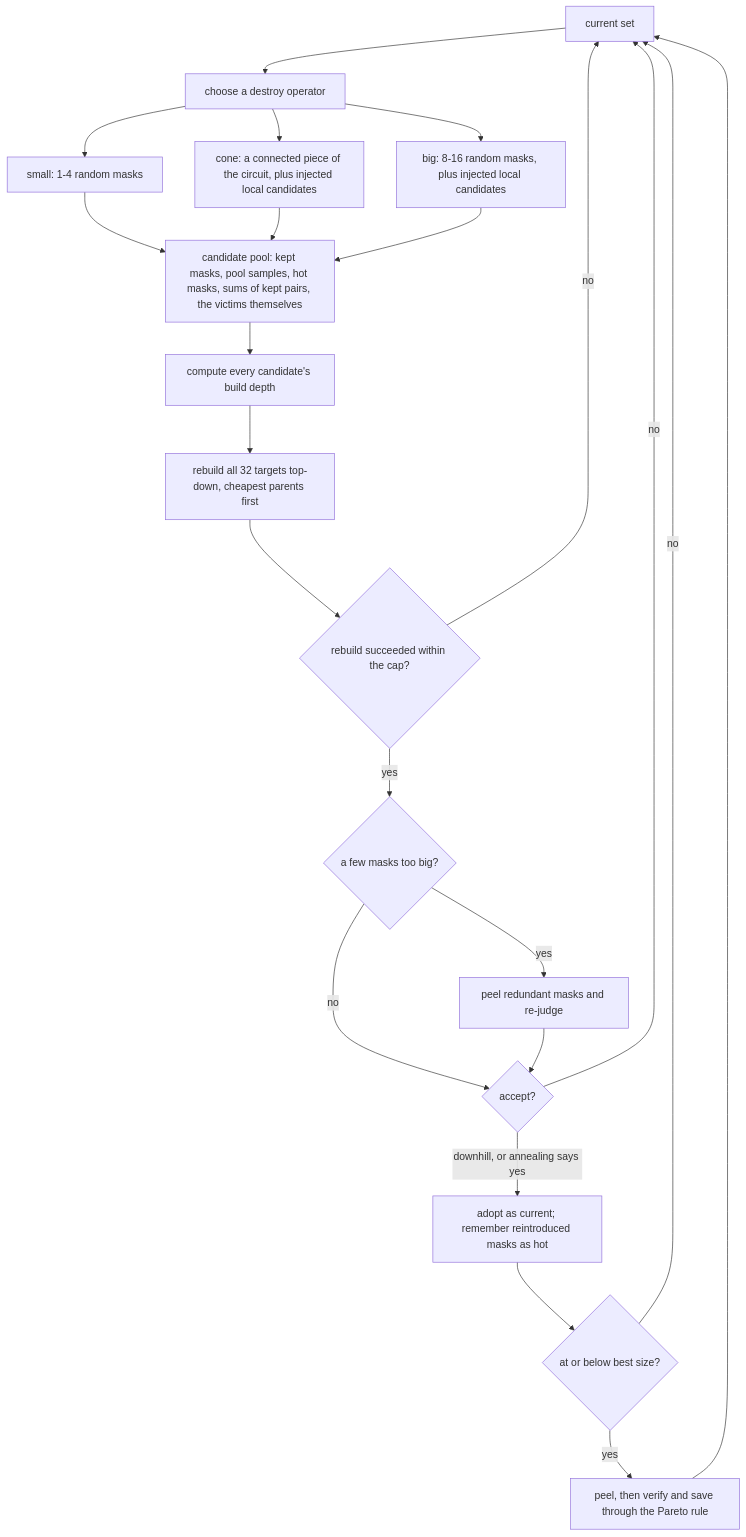
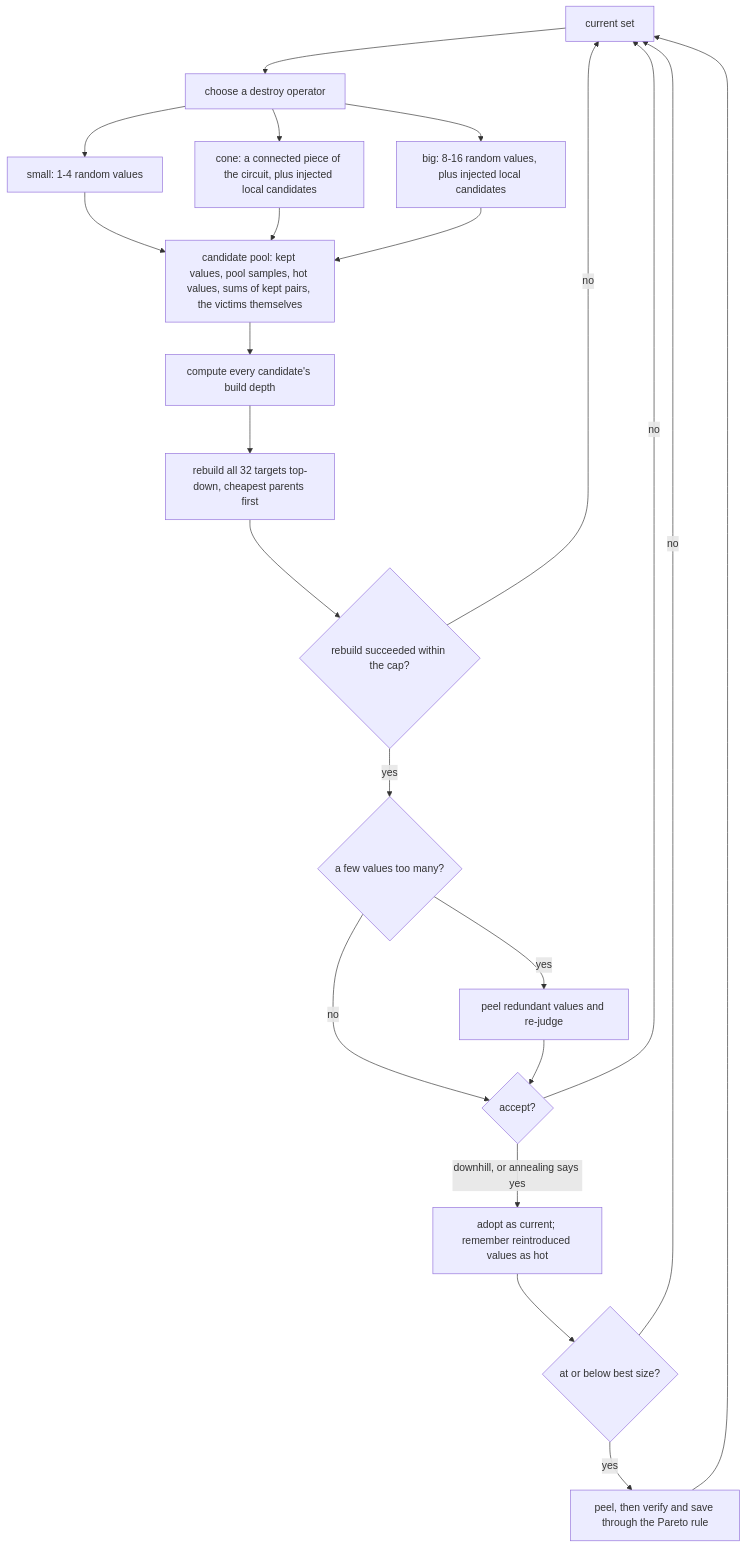
One commit to Joe-b-20/slp-plateau-search changed the second of 4 diagrams in pipeline/HOW.md. Above: the diagram before and after it, drawn with Mermaid. The commit also changed other lines of this file and 50 other files, not shown here.

````diff
--- a/pipeline/HOW.md
+++ b/pipeline/HOW.md
@@ -113,24 +112,24 @@
 ```mermaid
 flowchart TD
     A["current set"] --> B["choose a destroy operator"]
-    B --> C["small: 1-4 random masks"]
+    B --> C["small: 1-4 random values"]
     B --> D["cone: a connected piece of the circuit, plus injected local candidates"]
-    B --> E["big: 8-16 random masks, plus injected local candidates"]
-    C --> F["candidate pool: kept masks, pool samples, hot masks, sums of kept pairs, the victims themselves"]
+    B --> E["big: 8-16 random values, plus injected local candidates"]
+    C --> F["candidate pool: kept values, pool samples, hot values, sums of kept pairs, the victims themselves"]
     D --> F
     E --> F
     F --> G["compute every candidate's build depth"]
     G --> H["rebuild all 32 targets top-down, cheapest parents first"]
     H --> I{"rebuild succeeded within the cap?"}
     I -->|"no"| A
-    I -->|"yes"| J{"a few masks too big?"}
-    J -->|"yes"| K["peel redundant masks and re-judge"]
+    I -->|"yes"| J{"a few values too many?"}
+    J -->|"yes"| K["peel redundant values and re-judge"]
     J -->|"no"| L{"accept?"}
     K --> L
-    L -->|"downhill, or annealing says yes"| M["adopt as current; remember reintroduced masks as hot"]
+    L -->|"downhill, or annealing says yes"| M["adopt as current; remember reintroduced values as hot"]
     L -->|"no"| A
     M --> N{"at or below best size?"}
     N -->|"yes"| O["peel, then verify and save through the Pareto rule"]
     N -->|"no"| A
     O --> A
 ```
````
